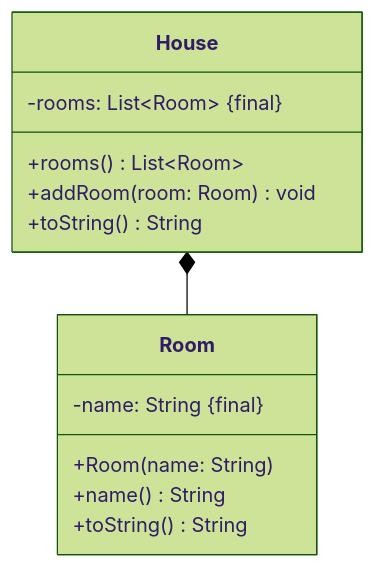
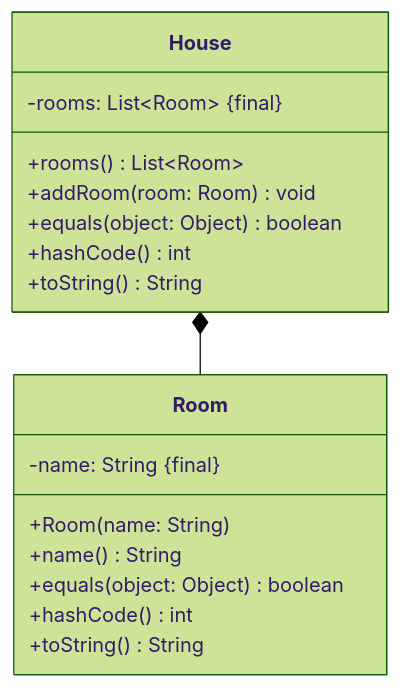
One commit to jappuccini/java-docs changed the diagram in docs/exercises/inner-classes/inner-classes01.mdx. Above: the diagram before and after it, drawn with Mermaid (forest theme). The commit also changed 10 other files, not shown here.

````diff
--- a/docs/exercises/inner-classes/inner-classes01.mdx
+++ b/docs/exercises/inner-classes/inner-classes01.mdx
@@ -15,18 +15,22 @@
 ```mermaid
 classDiagram
     House *-- Room
 
     class House {
         -rooms: List~Room~ &#123final&#125
         +rooms() List~Room~
         +addRoom(room: Room) void
+        +equals(object: Object) boolean
+        +hashCode() int
         +toString() String
     }
 
     class Room {
         -name: String &#123final&#125
         +Room(name: String)
         +name() String
+        +equals(object: Object) boolean
+        +hashCode() int
         +toString() String
     }
 ```
````
